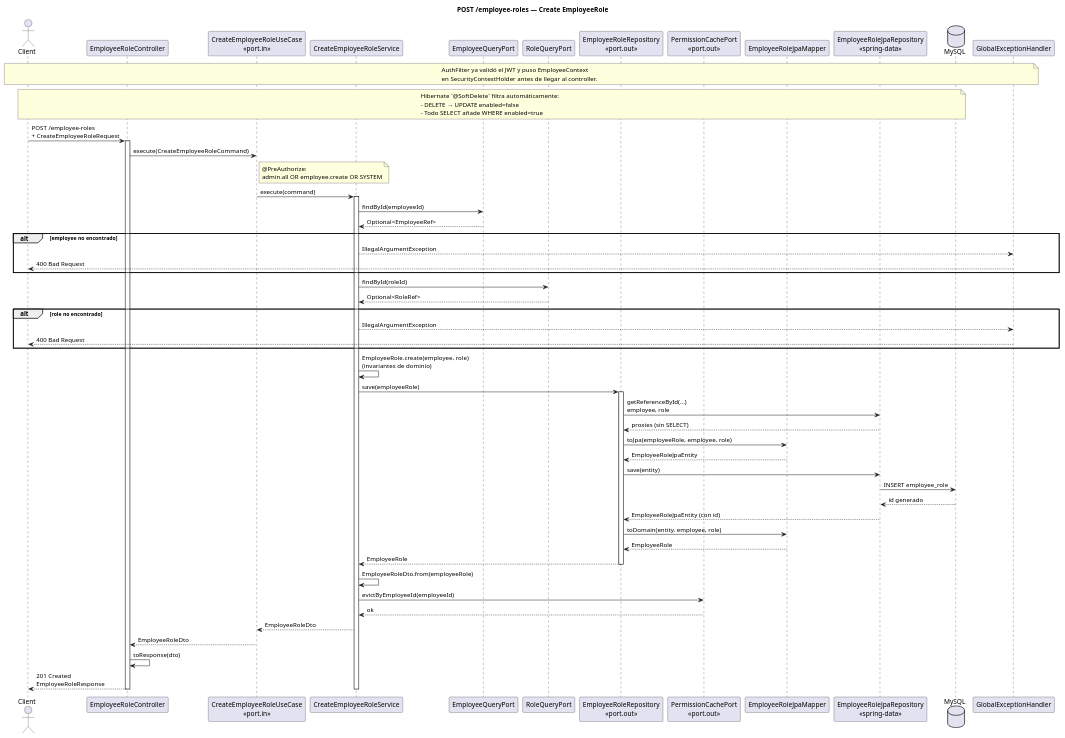
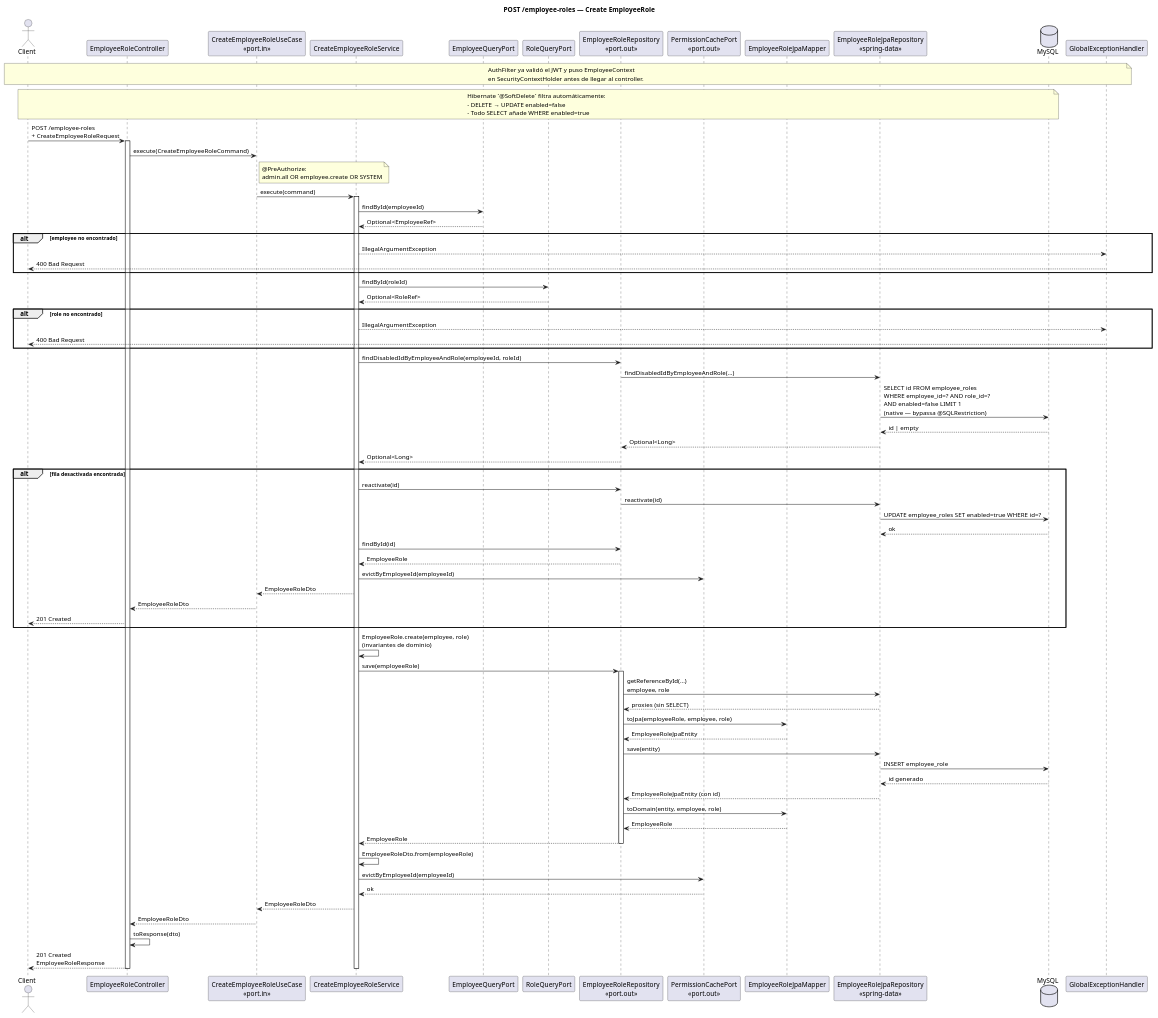
Before and after one commit to kefaroTech/vetsoftware-backend: the diagram in uml/sequenceDiagram/employeerole/create.puml, drawn with PlantUML. The commit also changed 30 other files, not shown here.

```diff
--- a/uml/sequenceDiagram/employeerole/create.puml
+++ b/uml/sequenceDiagram/employeerole/create.puml
@@ -1,82 +1,101 @@
 @startuml employeerole_create
 title POST /employee-roles — Create EmployeeRole
 
 actor Client
 participant "EmployeeRoleController" as Controller
 participant "CreateEmployeeRoleUseCase\n<<port.in>>" as UseCase
 participant "CreateEmployeeRoleService" as Service
 participant "EmployeeQueryPort" as EmployeeQP
 participant "RoleQueryPort" as RoleQP
 participant "EmployeeRoleRepository\n<<port.out>>" as Repo
 participant "PermissionCachePort\n<<port.out>>" as CachePort
 participant "EmployeeRoleJpaMapper" as Mapper
 participant "EmployeeRoleJpaRepository\n<<spring-data>>" as JpaRepo
 database "MySQL" as DB
 participant "GlobalExceptionHandler" as GEH
 
 note over Client, GEH
   AuthFilter ya validó el JWT y puso EmployeeContext
   en SecurityContextHolder antes de llegar al controller.
 end note
 
 note over Client, DB
   Hibernate `@SoftDelete` filtra automáticamente:
   - DELETE → UPDATE enabled=false
   - Todo SELECT añade WHERE enabled=true
 end note
 
 Client -> Controller : POST /employee-roles\n+ CreateEmployeeRoleRequest
 activate Controller
 
 Controller -> UseCase : execute(CreateEmployeeRoleCommand)
 note right of UseCase
   @PreAuthorize:
   admin.all OR employee.create OR SYSTEM
 end note
 
 UseCase -> Service : execute(command)
 activate Service
 
 Service -> EmployeeQP : findById(employeeId)
 EmployeeQP --> Service : Optional<EmployeeRef>
 alt employee no encontrado
   Service --> GEH : IllegalArgumentException
   GEH --> Client : 400 Bad Request
 end
 
 Service -> RoleQP : findById(roleId)
 RoleQP --> Service : Optional<RoleRef>
 alt role no encontrado
   Service --> GEH : IllegalArgumentException
   GEH --> Client : 400 Bad Request
 end
 
+Service -> Repo : findDisabledIdByEmployeeAndRole(employeeId, roleId)
+Repo -> JpaRepo : findDisabledIdByEmployeeAndRole(...)
+JpaRepo -> DB : SELECT id FROM employee_roles\nWHERE employee_id=? AND role_id=?\nAND enabled=false LIMIT 1\n(native — bypassa @SQLRestriction)
+DB --> JpaRepo : id | empty
+JpaRepo --> Repo : Optional<Long>
+Repo --> Service : Optional<Long>
+alt fila desactivada encontrada
+  Service -> Repo : reactivate(id)
+  Repo -> JpaRepo : reactivate(id)
+  JpaRepo -> DB : UPDATE employee_roles SET enabled=true WHERE id=?
+  DB --> JpaRepo : ok
+  Service -> Repo : findById(id)
+  Repo --> Service : EmployeeRole
+  Service -> CachePort : evictByEmployeeId(employeeId)
+  Service --> UseCase : EmployeeRoleDto
+  UseCase --> Controller : EmployeeRoleDto
+  Controller --> Client : 201 Created
+end
+
 Service -> Service : EmployeeRole.create(employee, role)\n(invariantes de dominio)
 
 Service -> Repo : save(employeeRole)
 activate Repo
 Repo -> JpaRepo : getReferenceById(...)\nemployee, role
 JpaRepo --> Repo : proxies (sin SELECT)
 Repo -> Mapper : toJpa(employeeRole, employee, role)
 Mapper --> Repo : EmployeeRoleJpaEntity
 Repo -> JpaRepo : save(entity)
 JpaRepo -> DB : INSERT employee_role
 DB --> JpaRepo : id generado
 JpaRepo --> Repo : EmployeeRoleJpaEntity (con id)
 Repo -> Mapper : toDomain(entity, employee, role)
 Mapper --> Repo : EmployeeRole
 Repo --> Service : EmployeeRole
 deactivate Repo
 
 Service -> Service : EmployeeRoleDto.from(employeeRole)
 Service -> CachePort : evictByEmployeeId(employeeId)
 CachePort --> Service : ok
 Service --> UseCase : EmployeeRoleDto
 UseCase --> Controller : EmployeeRoleDto
 
 Controller -> Controller : toResponse(dto)
 Controller --> Client : 201 Created\nEmployeeRoleResponse
 deactivate Controller
 deactivate Service
 
 @enduml
```
